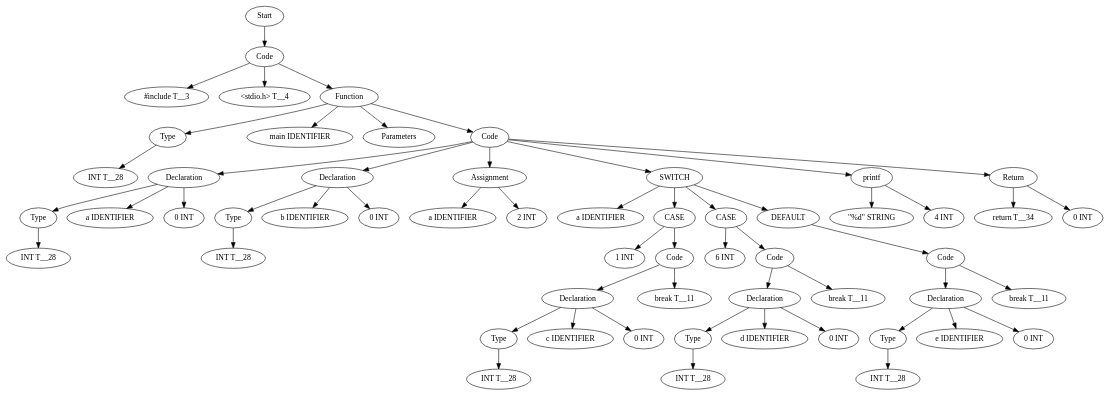
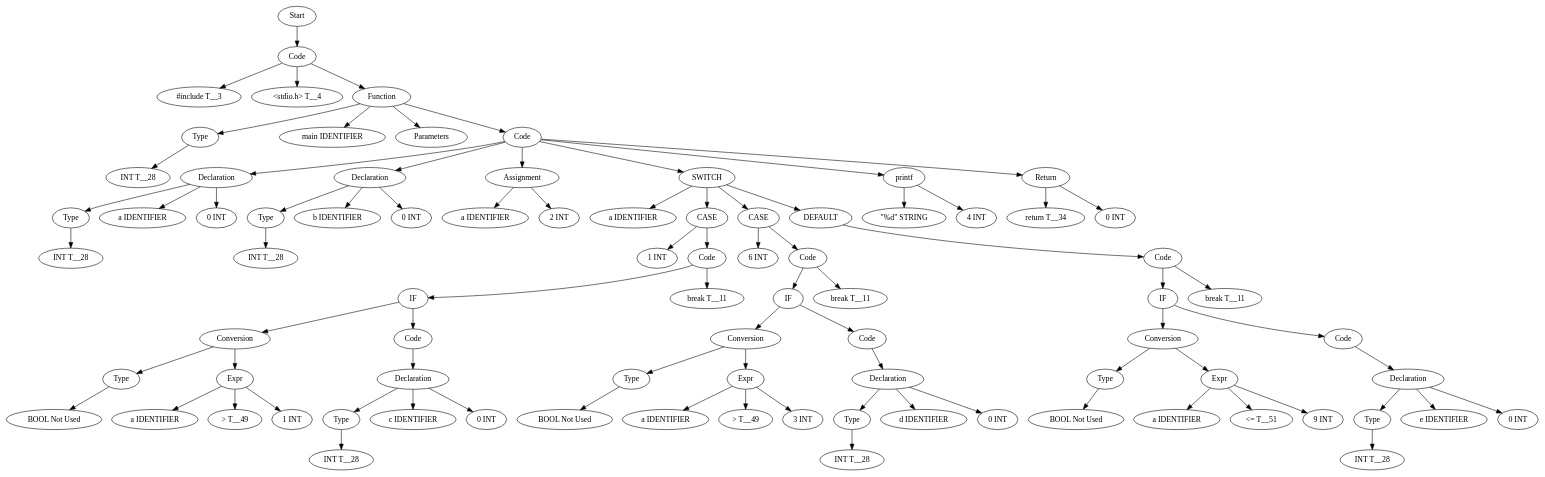
Before and after one commit to Are-you-listening/Compilers: the diagram in TestCases/ASTTests/SwitchTests/createTests/read_file_before.dot, drawn with Graphviz. The commit also changed 280 other files, not shown here.

```diff
--- a/TestCases/ASTTests/SwitchTests/createTests/read_file_before.dot
+++ b/TestCases/ASTTests/SwitchTests/createTests/read_file_before.dot
@@ -1,115 +1,169 @@
 digraph AST {
-  "134752875125152" [label="Start"];
-  "134752875125152" -> "134752871948432";
-  "134752871948432" [label="Code"];
-  "134752871948432" -> "134752871941568";
-  "134752871948432" -> "134752871955440";
-  "134752871948432" -> "134752871944880";
-  "134752871941568" [label="#include T__3"];
-  "134752871955440" [label="<stdio.h> T__4"];
-  "134752871944880" [label="Function"];
-  "134752871944880" -> "134752871955968";
-  "134752871944880" -> "134752871956064";
-  "134752871944880" -> "134752871952032";
-  "134752871944880" -> "134752871949488";
-  "134752871955968" [label="Type"];
-  "134752871955968" -> "134752871944352";
-  "134752871944352" [label="INT T__28"];
-  "134752871956064" [label="main IDENTIFIER"];
-  "134752871952032" [label="Parameters"];
-  "134752871949488" [label="Code"];
-  "134752871949488" -> "134752871944928";
-  "134752871949488" -> "134752872108816";
-  "134752871949488" -> "134752872110304";
-  "134752871949488" -> "134752872111648";
-  "134752871949488" -> "134752872111456";
-  "134752871949488" -> "134752872111744";
-  "134752871944928" [label="Declaration"];
-  "134752871944928" -> "134752872111984";
-  "134752871944928" -> "134752872111264";
-  "134752871944928" -> "134752872115776";
-  "134752872111984" [label="Type"];
-  "134752872111984" -> "134752872109488";
-  "134752872109488" [label="INT T__28"];
-  "134752872111264" [label="a IDENTIFIER"];
-  "134752872115776" [label="0 INT"];
-  "134752872108816" [label="Declaration"];
-  "134752872108816" -> "134752872104928";
-  "134752872108816" -> "134752872116112";
-  "134752872108816" -> "134752872110496";
-  "134752872104928" [label="Type"];
-  "134752872104928" -> "134752872115200";
-  "134752872115200" [label="INT T__28"];
-  "134752872116112" [label="b IDENTIFIER"];
-  "134752872110496" [label="0 INT"];
-  "134752872110304" [label="Assignment"];
-  "134752872110304" -> "134752872106272";
-  "134752872110304" -> "134752872117312";
-  "134752872106272" [label="a IDENTIFIER"];
-  "134752872117312" [label="2 INT"];
-  "134752872111648" [label="SWITCH"];
-  "134752872111648" -> "134752872112512";
-  "134752872111648" -> "134752872117840";
-  "134752872111648" -> "134752872112992";
-  "134752872111648" -> "134752872111120";
-  "134752872112512" [label="a IDENTIFIER"];
-  "134752872117840" [label="CASE"];
-  "134752872117840" -> "134752872109392";
-  "134752872117840" -> "134752872113376";
-  "134752872109392" [label="1 INT"];
-  "134752872113376" [label="Code"];
-  "134752872113376" -> "134752872105312";
-  "134752872113376" -> "134752872111792";
-  "134752872105312" [label="Declaration"];
-  "134752872105312" -> "134752872106656";
-  "134752872105312" -> "134752872119616";
-  "134752872105312" -> "134752872109008";
-  "134752872106656" [label="Type"];
-  "134752872106656" -> "134752872106848";
-  "134752872106848" [label="INT T__28"];
-  "134752872119616" [label="c IDENTIFIER"];
-  "134752872109008" [label="0 INT"];
-  "134752872111792" [label="break T__11"];
-  "134752872112992" [label="CASE"];
-  "134752872112992" -> "134752872110592";
-  "134752872112992" -> "134752872110736";
-  "134752872110592" [label="6 INT"];
-  "134752872110736" [label="Code"];
-  "134752872110736" -> "134752872110976";
-  "134752872110736" -> "134752872114192";
-  "134752872110976" [label="Declaration"];
-  "134752872110976" -> "134752872111024";
-  "134752872110976" -> "134752872114720";
-  "134752872110976" -> "134752872113712";
-  "134752872111024" [label="Type"];
-  "134752872111024" -> "134752872113904";
-  "134752872113904" [label="INT T__28"];
-  "134752872114720" [label="d IDENTIFIER"];
-  "134752872113712" [label="0 INT"];
-  "134752872114192" [label="break T__11"];
-  "134752872111120" [label="DEFAULT"];
-  "134752872111120" -> "134752872112704";
-  "134752872112704" [label="Code"];
-  "134752872112704" -> "134752872108480";
-  "134752872112704" -> "134752872111840";
-  "134752872108480" [label="Declaration"];
-  "134752872108480" -> "134752872115248";
-  "134752872108480" -> "134752872107328";
-  "134752872108480" -> "134752872111888";
-  "134752872115248" [label="Type"];
-  "134752872115248" -> "134752872118272";
-  "134752872118272" [label="INT T__28"];
-  "134752872107328" [label="e IDENTIFIER"];
-  "134752872111888" [label="0 INT"];
-  "134752872111840" [label="break T__11"];
-  "134752872111456" [label="printf"];
-  "134752872111456" -> "134752872109776";
-  "134752872111456" -> "134752872109632";
-  "134752872109776" [label="\"%d\" STRING"];
-  "134752872109632" [label="4 INT"];
-  "134752872111744" [label="Return"];
-  "134752872111744" -> "134752872108960";
-  "134752872111744" -> "134752872109200";
-  "134752872108960" [label="return T__34"];
-  "134752872109200" [label="0 INT"];
+  "140082714459248" [label="Start"];
+  "140082714459248" -> "140082714446480";
+  "140082714446480" [label="Code"];
+  "140082714446480" -> "140082714458912";
+  "140082714446480" -> "140082714458768";
+  "140082714446480" -> "140082714451328";
+  "140082714458912" [label="#include T__3"];
+  "140082714458768" [label="<stdio.h> T__4"];
+  "140082714451328" [label="Function"];
+  "140082714451328" -> "140082714459056";
+  "140082714451328" -> "140082714447728";
+  "140082714451328" -> "140082714447104";
+  "140082714451328" -> "140082714631984";
+  "140082714459056" [label="Type"];
+  "140082714459056" -> "140082714446768";
+  "140082714446768" [label="INT T__28"];
+  "140082714447728" [label="main IDENTIFIER"];
+  "140082714447104" [label="Parameters"];
+  "140082714631984" [label="Code"];
+  "140082714631984" -> "140082714626320";
+  "140082714631984" -> "140082714632896";
+  "140082714631984" -> "140082714636112";
+  "140082714631984" -> "140082714630688";
+  "140082714631984" -> "140082714761376";
+  "140082714631984" -> "140082714762864";
+  "140082714626320" [label="Declaration"];
+  "140082714626320" -> "140082714631024";
+  "140082714626320" -> "140082714627760";
+  "140082714626320" -> "140082714635632";
+  "140082714631024" [label="Type"];
+  "140082714631024" -> "140082714630496";
+  "140082714630496" [label="INT T__28"];
+  "140082714627760" [label="a IDENTIFIER"];
+  "140082714635632" [label="0 INT"];
+  "140082714632896" [label="Declaration"];
+  "140082714632896" -> "140082714633664";
+  "140082714632896" -> "140082714632992";
+  "140082714632896" -> "140082714627856";
+  "140082714633664" [label="Type"];
+  "140082714633664" -> "140082714624544";
+  "140082714624544" [label="INT T__28"];
+  "140082714632992" [label="b IDENTIFIER"];
+  "140082714627856" [label="0 INT"];
+  "140082714636112" [label="Assignment"];
+  "140082714636112" -> "140082714630016";
+  "140082714636112" -> "140082714630784";
+  "140082714630016" [label="a IDENTIFIER"];
+  "140082714630784" [label="2 INT"];
+  "140082714630688" [label="SWITCH"];
+  "140082714630688" -> "140082714629536";
+  "140082714630688" -> "140082714630736";
+  "140082714630688" -> "140082714639664";
+  "140082714630688" -> "140082714755952";
+  "140082714629536" [label="a IDENTIFIER"];
+  "140082714630736" [label="CASE"];
+  "140082714630736" -> "140082714624256";
+  "140082714630736" -> "140082714629344";
+  "140082714624256" [label="1 INT"];
+  "140082714629344" [label="Code"];
+  "140082714629344" -> "140082714629440";
+  "140082714629344" -> "140082714639808";
+  "140082714629440" [label="IF"];
+  "140082714629440" -> "140082714766080";
+  "140082714629440" -> "140082714636784";
+  "140082714766080" [label="Conversion"];
+  "140082714766080" -> "140082714766128";
+  "140082714766080" -> "140082714628480";
+  "140082714766128" [label="Type"];
+  "140082714766128" -> "140082714766176";
+  "140082714766176" [label="BOOL Not Used"];
+  "140082714628480" [label="Expr"];
+  "140082714628480" -> "140082714624112";
+  "140082714628480" -> "140082714635824";
+  "140082714628480" -> "140082714638608";
+  "140082714624112" [label="a IDENTIFIER"];
+  "140082714635824" [label="> T__49"];
+  "140082714638608" [label="1 INT"];
+  "140082714636784" [label="Code"];
+  "140082714636784" -> "140082714636640";
+  "140082714636640" [label="Declaration"];
+  "140082714636640" -> "140082714635104";
+  "140082714636640" -> "140082714624784";
+  "140082714636640" -> "140082714638992";
+  "140082714635104" [label="Type"];
+  "140082714635104" -> "140082714625552";
+  "140082714625552" [label="INT T__28"];
+  "140082714624784" [label="c IDENTIFIER"];
+  "140082714638992" [label="0 INT"];
+  "140082714639808" [label="break T__11"];
+  "140082714639664" [label="CASE"];
+  "140082714639664" -> "140082714638944";
+  "140082714639664" -> "140082714638848";
+  "140082714638944" [label="6 INT"];
+  "140082714638848" [label="Code"];
+  "140082714638848" -> "140082714636496";
+  "140082714638848" -> "140082714755808";
+  "140082714636496" [label="IF"];
+  "140082714636496" -> "140082714766224";
+  "140082714636496" -> "140082714637264";
+  "140082714766224" [label="Conversion"];
+  "140082714766224" -> "140082714766272";
+  "140082714766224" -> "140082714627040";
+  "140082714766272" [label="Type"];
+  "140082714766272" -> "140082714766320";
+  "140082714766320" [label="BOOL Not Used"];
+  "140082714627040" [label="Expr"];
+  "140082714627040" -> "140082714625216";
+  "140082714627040" -> "140082714625504";
+  "140082714627040" -> "140082714639856";
+  "140082714625216" [label="a IDENTIFIER"];
+  "140082714625504" [label="> T__49"];
+  "140082714639856" [label="3 INT"];
+  "140082714637264" [label="Code"];
+  "140082714637264" -> "140082714638224";
+  "140082714638224" [label="Declaration"];
+  "140082714638224" -> "140082714634624";
+  "140082714638224" -> "140082714625360";
+  "140082714638224" -> "140082714755520";
+  "140082714634624" [label="Type"];
+  "140082714634624" -> "140082714637648";
+  "140082714637648" [label="INT T__28"];
+  "140082714625360" [label="d IDENTIFIER"];
+  "140082714755520" [label="0 INT"];
+  "140082714755808" [label="break T__11"];
+  "140082714755952" [label="DEFAULT"];
+  "140082714755952" -> "140082714756432";
+  "140082714756432" [label="Code"];
+  "140082714756432" -> "140082714756624";
+  "140082714756432" -> "140082714760560";
+  "140082714756624" [label="IF"];
+  "140082714756624" -> "140082714766368";
+  "140082714756624" -> "140082714758544";
+  "140082714766368" [label="Conversion"];
+  "140082714766368" -> "140082714766416";
+  "140082714766368" -> "140082714757104";
+  "140082714766416" [label="Type"];
+  "140082714766416" -> "140082714766464";
+  "140082714766464" [label="BOOL Not Used"];
+  "140082714757104" [label="Expr"];
+  "140082714757104" -> "140082714757680";
+  "140082714757104" -> "140082714757728";
+  "140082714757104" -> "140082714758256";
+  "140082714757680" [label="a IDENTIFIER"];
+  "140082714757728" [label="<= T__51"];
+  "140082714758256" [label="9 INT"];
+  "140082714758544" [label="Code"];
+  "140082714758544" -> "140082714759120";
+  "140082714759120" [label="Declaration"];
+  "140082714759120" -> "140082714759312";
+  "140082714759120" -> "140082714759600";
+  "140082714759120" -> "140082714760272";
+  "140082714759312" [label="Type"];
+  "140082714759312" -> "140082714759504";
+  "140082714759504" [label="INT T__28"];
+  "140082714759600" [label="e IDENTIFIER"];
+  "140082714760272" [label="0 INT"];
+  "140082714760560" [label="break T__11"];
+  "140082714761376" [label="printf"];
+  "140082714761376" -> "140082714761856";
+  "140082714761376" -> "140082714762528";
+  "140082714761856" [label="\"%d\" STRING"];
+  "140082714762528" [label="4 INT"];
+  "140082714762864" [label="Return"];
+  "140082714762864" -> "140082714763056";
+  "140082714762864" -> "140082714763584";
+  "140082714763056" [label="return T__34"];
+  "140082714763584" [label="0 INT"];
 }
```
